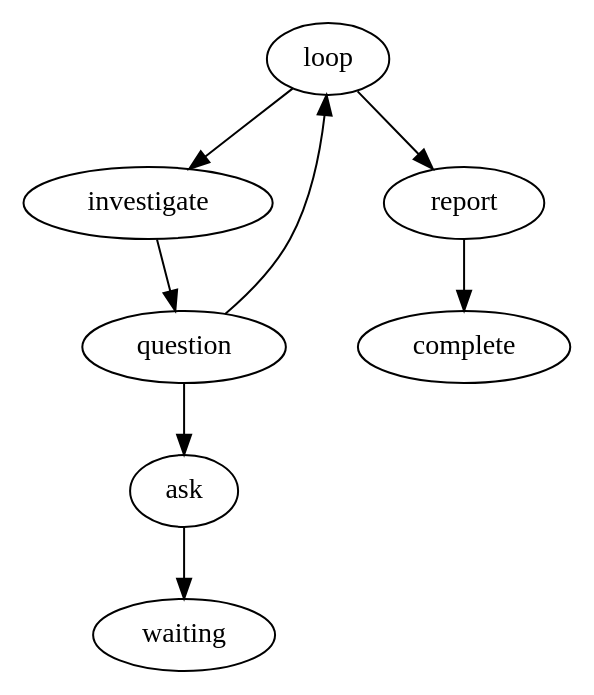
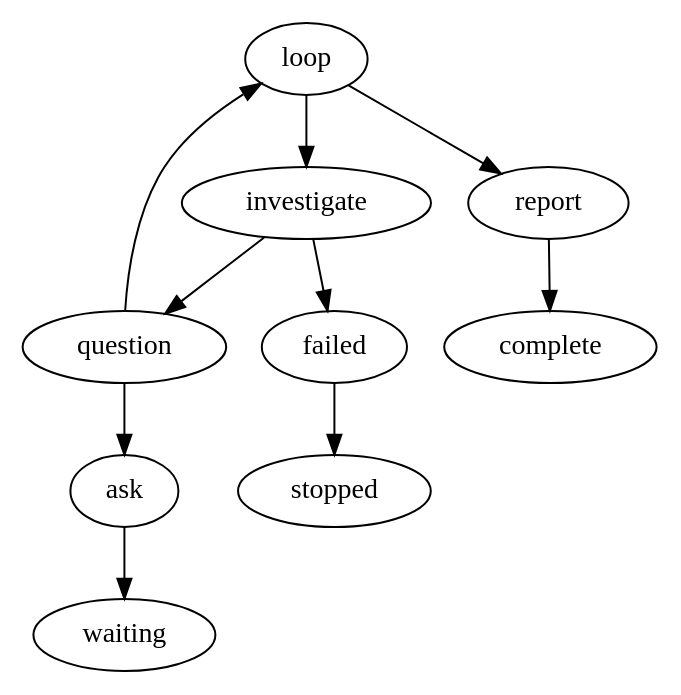
One commit to marioatcloudvane/litefactory changed the diagram in internal/teamsource/research/research.dot. Above: the diagram before and after it, drawn with Graphviz. The commit also changed 9 other files, not shown here.

```diff
--- a/internal/teamsource/research/research.dot
+++ b/internal/teamsource/research/research.dot
@@ -1,19 +1,23 @@
 // Each owner-authorized pass uses one reasoning role. Limits persist across replies.
 // The ask default initializes only the first loop evaluation.
 digraph research {
  graph [team="builtin", mode="research", profile_version="1", start="loop"];
  loop [lf_action="lf_research_loop", lf_outcomes="true,false", lf_field="response", lf_condition="ask", lf_default="ask", lf_limit="8"];
- investigate [lf_action="lf_research_agent", lf_outcomes="success", lf_agent_markdown="research", lf_skills="research-evidence", lf_limit="8"];
+ investigate [lf_action="lf_research_agent", lf_outcomes="success,failed", lf_agent_markdown="research", lf_skills="research-evidence", lf_limit="8"];
  question [lf_action="lf_research_if", lf_outcomes="true,false", lf_field="response", lf_condition="ask", lf_limit="8"];
  ask [lf_action="lf_research_comment", lf_outcomes="published", lf_kind="question", lf_limit="8"];
  report [lf_action="lf_research_comment", lf_outcomes="published", lf_kind="final", lf_limit="1"];
+ failed [lf_action="lf_research_comment", lf_outcomes="published", lf_kind="failure", lf_limit="1"];
  waiting [lf_terminal="true"];
  complete [lf_terminal="true"];
+ stopped [lf_terminal="true"];
  loop -> investigate [lf_on="true"];
  loop -> report [lf_on="false"];
  investigate -> question [lf_on="success"];
  question -> ask [lf_on="true"];
  question -> loop [lf_on="false"];
  ask -> waiting [lf_on="published"];
  report -> complete [lf_on="published"];
+ investigate -> failed [lf_on="failed"];
+ failed -> stopped [lf_on="published"];
 }
```
